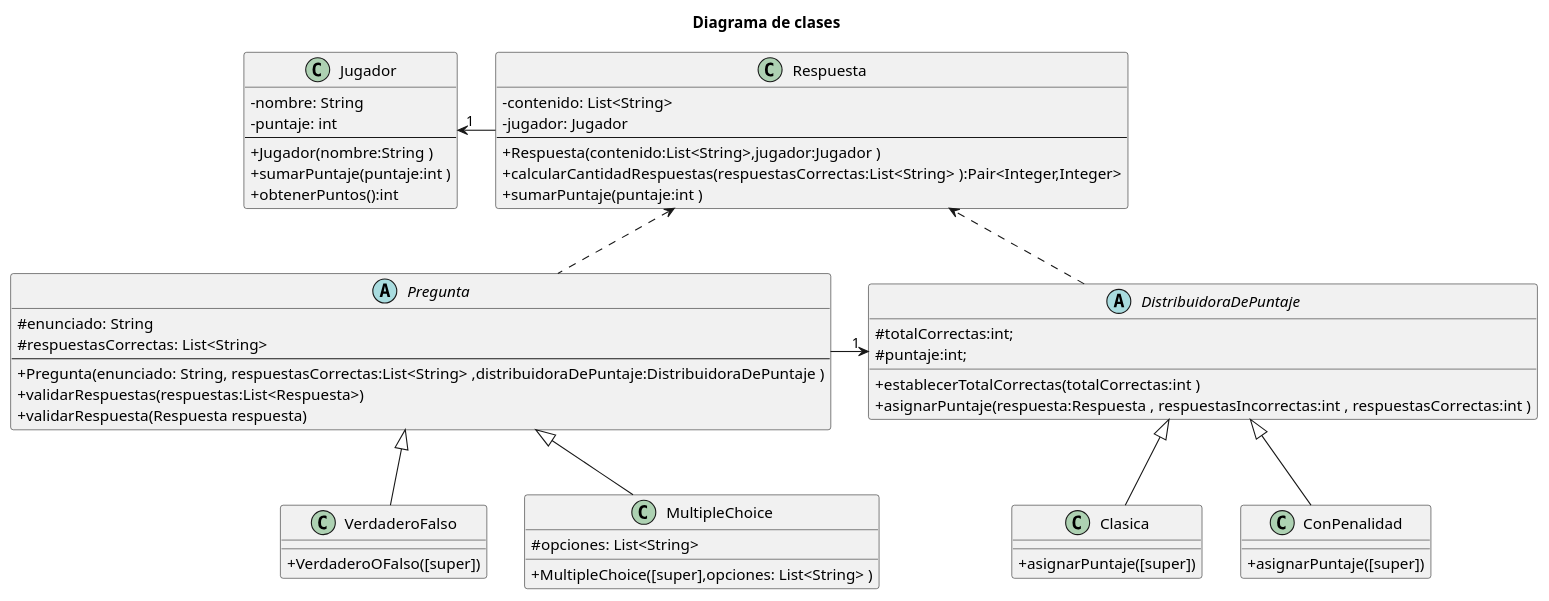
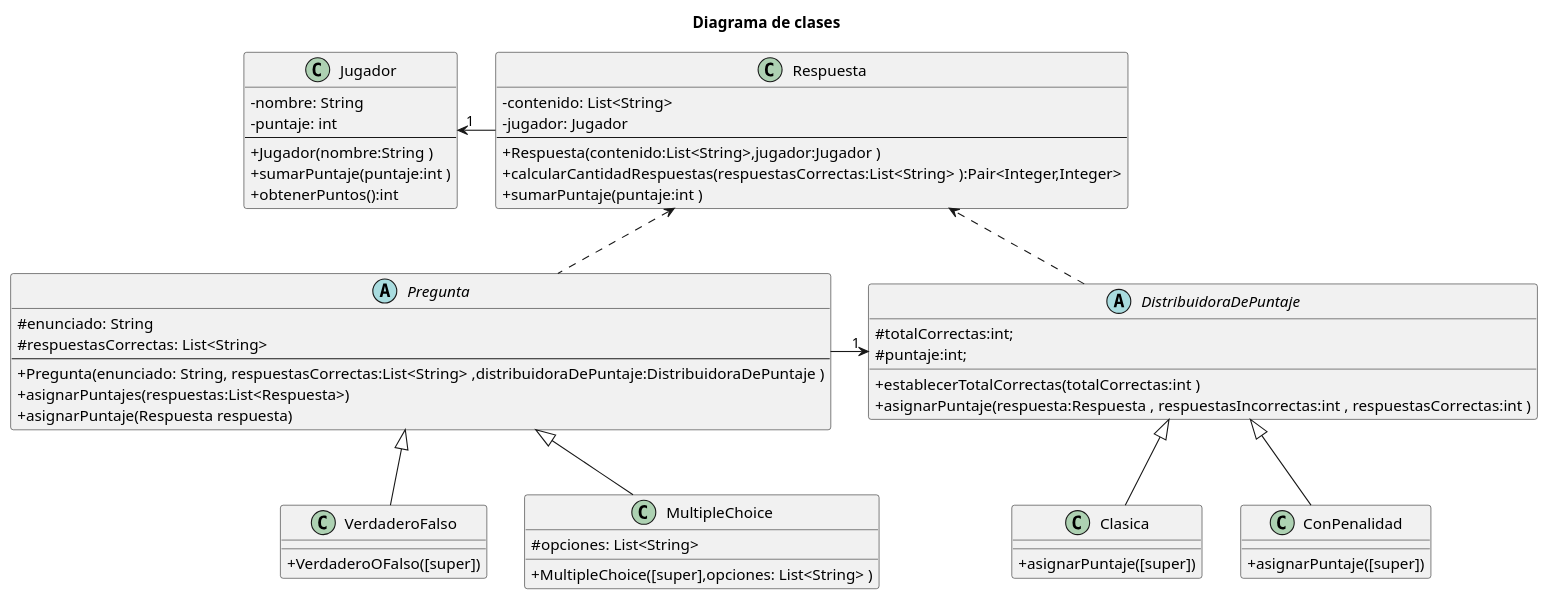
One commit to laldonate96/Algo3-TP2 changed the diagram in diagrams/classes/diagrama_clase_entrega_1.puml. Above: the diagram before and after it, drawn with PlantUML.

```diff
--- a/diagrams/classes/diagrama_clase_entrega_1.puml
+++ b/diagrams/classes/diagrama_clase_entrega_1.puml
@@ -1,62 +1,62 @@
 @startuml diagrama de clases
 skinparam classAttributeIconSize 0
 title Diagrama de clases
 
 class Jugador{
     - nombre: String
     - puntaje: int
     ---
     + Jugador(nombre:String )
     + sumarPuntaje(puntaje:int )
     + obtenerPuntos():int
 }
 
 Class Respuesta {
     - contenido: List<String>
     - jugador: Jugador
     ---
     + Respuesta(contenido:List<String>,jugador:Jugador )
     + calcularCantidadRespuestas(respuestasCorrectas:List<String> ):Pair<Integer,Integer>
     + sumarPuntaje(puntaje:int )
 }
 
  abstract class DistribuidoraDePuntaje {
      #totalCorrectas:int;
      #puntaje:int;
      + establecerTotalCorrectas(totalCorrectas:int )
      + asignarPuntaje(respuesta:Respuesta , respuestasIncorrectas:int , respuestasCorrectas:int )
 }
 
 class Clasica extends DistribuidoraDePuntaje{
      + asignarPuntaje([super])
 }
 
 class ConPenalidad extends DistribuidoraDePuntaje{
      + asignarPuntaje([super])
 }
 
 abstract class Pregunta {
     # enunciado: String
     # respuestasCorrectas: List<String>
     ---
     + Pregunta(enunciado: String, respuestasCorrectas:List<String> ,distribuidoraDePuntaje:DistribuidoraDePuntaje )
-    + validarRespuestas(respuestas:List<Respuesta>)
-    + validarRespuesta(Respuesta respuesta)
+    + asignarPuntajes(respuestas:List<Respuesta>)
+    + asignarPuntaje(Respuesta respuesta)
 }
 
 class VerdaderoFalso extends Pregunta {
     +VerdaderoOFalso([super])
 }
 
 class MultipleChoice extends Pregunta {
     #opciones: List<String>
     +MultipleChoice([super],opciones: List<String> )
     }
 
 
 Jugador "1" <- Respuesta
 Pregunta -> "1" DistribuidoraDePuntaje
 Respuesta <.. Pregunta
 DistribuidoraDePuntaje ..> Respuesta
 
 @enduml
```
